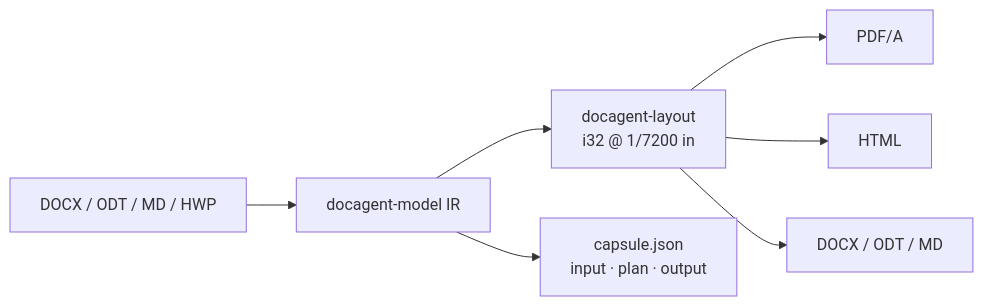
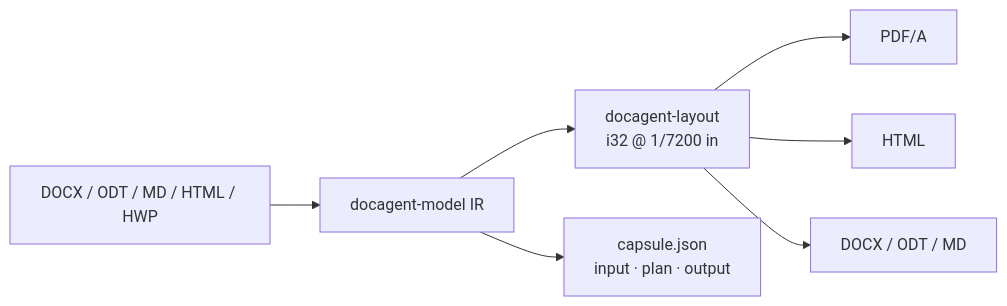
The diagram in README.md (kevin9327/docagent), drawn with Mermaid before and after one commit. The commit also changed other lines of this file and 18 other files, not shown here.

````diff
--- a/README.md
+++ b/README.md
@@ -203,9 +206,9 @@
 ```mermaid
 flowchart LR
-  A[DOCX / ODT / MD / HWP] --> B[docagent-model IR]
+  A[DOCX / ODT / MD / HTML / HWP] --> B[docagent-model IR]
   B --> C[docagent-layout<br/>i32 @ 1/7200 in]
   C --> D[PDF/A]
   C --> E[HTML]
   C --> F[DOCX / ODT / MD]
   B --> G[capsule.json<br/>input · plan · output]
 ```
````
